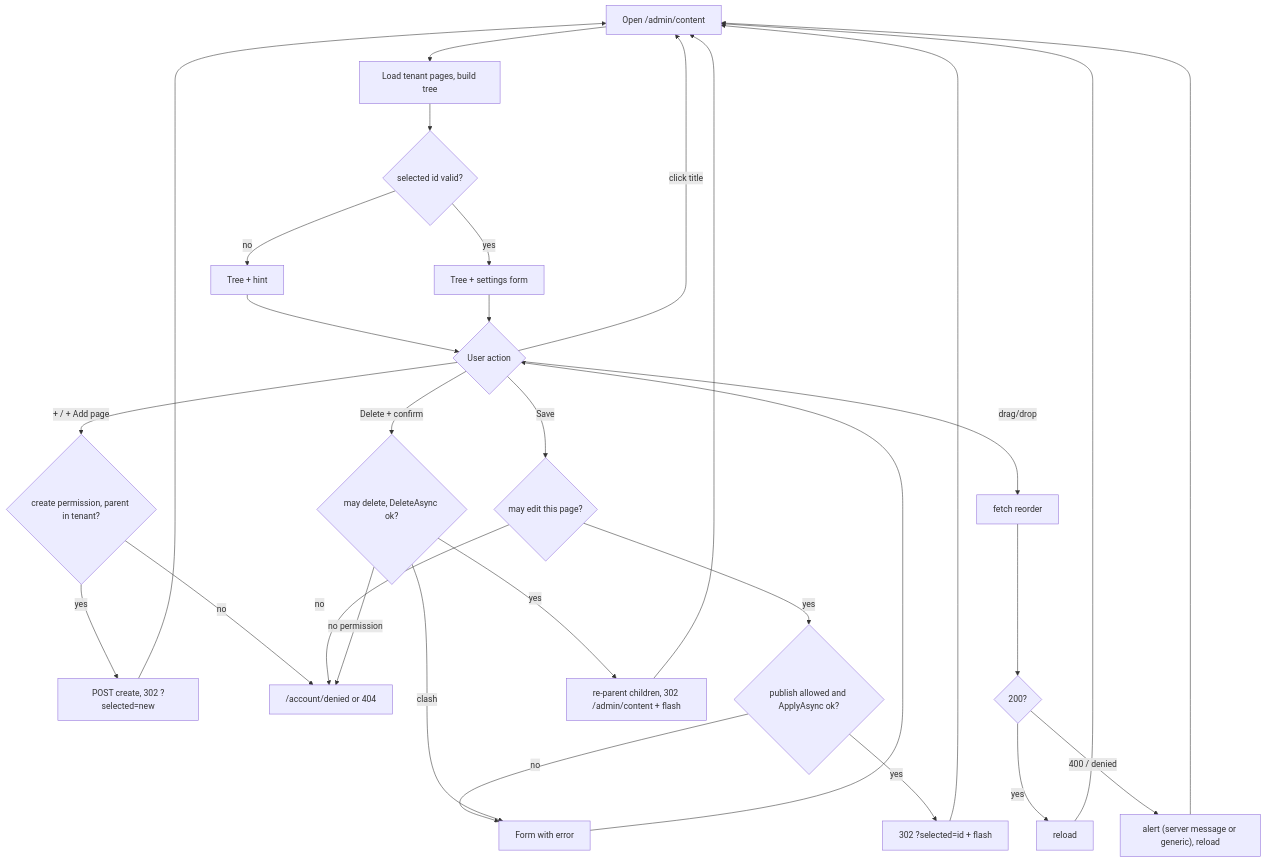
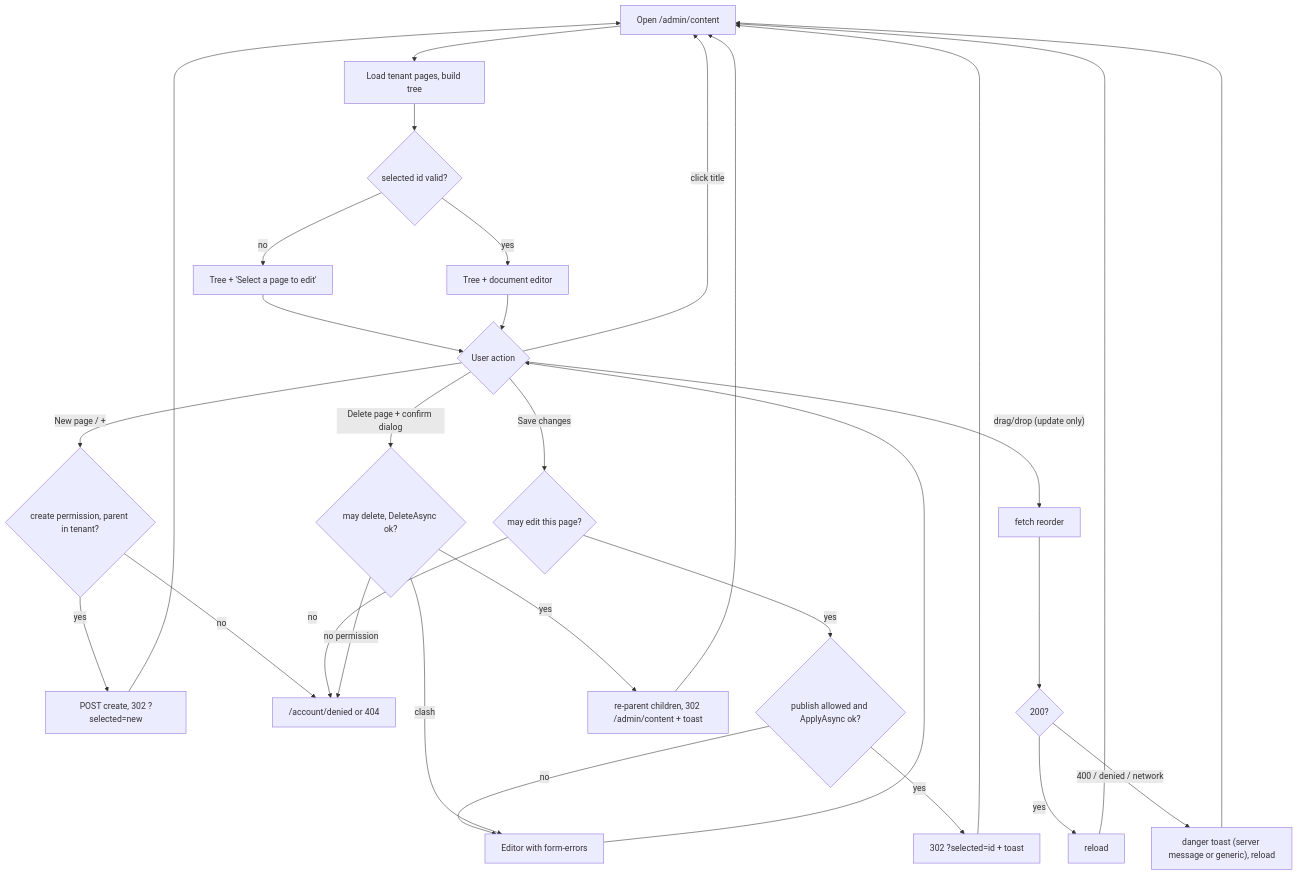
One commit to Albadit/DotNetForge changed the third of 4 diagrams in .docs/pages/content-manager.md. Above: the diagram before and after it, drawn with Mermaid. The commit also changed other lines of this file and 454 other files, not shown here.

````diff
--- a/.docs/pages/content-manager.md
+++ b/.docs/pages/content-manager.md
@@ -333,25 +404,25 @@
 ```mermaid
 flowchart TD
     A[Open /admin/content] --> B[Load tenant pages, build tree]
     B --> C{"selected id valid?"}
-    C -- no --> D[Tree + hint]
-    C -- yes --> E[Tree + settings form]
+    C -- no --> D["Tree + 'Select a page to edit'"]
+    C -- yes --> E[Tree + document editor]
     D --> F{User action}
     E --> F
     F -- "click title" --> A
-    F -- "+ / + Add page" --> G{"create permission, parent in tenant?"}
+    F -- "New page / +" --> G{"create permission, parent in tenant?"}
     G -- yes --> H["POST create, 302 ?selected=new"] --> A
     G -- no --> Z["/account/denied or 404"]
-    F -- Save --> I{"may edit this page?"}
+    F -- "Save changes" --> I{"may edit this page?"}
     I -- no --> Z
     I -- yes --> J{"publish allowed and ApplyAsync ok?"}
-    J -- no --> E2[Form with error] --> F
-    J -- yes --> K["302 ?selected=id + flash"] --> A
-    F -- "Delete + confirm" --> L{"may delete, DeleteAsync ok?"}
+    J -- no --> E2["Editor with form-errors"] --> F
+    J -- yes --> K["302 ?selected=id + toast"] --> A
+    F -- "Delete page + confirm dialog" --> L{"may delete, DeleteAsync ok?"}
     L -- "no permission" --> Z
     L -- clash --> E2
-    L -- yes --> M["re-parent children, 302 /admin/content + flash"] --> A
-    F -- "drag/drop" --> N[fetch reorder] --> O{"200?"}
+    L -- yes --> M["re-parent children, 302 /admin/content + toast"] --> A
+    F -- "drag/drop (update only)" --> N[fetch reorder] --> O{"200?"}
     O -- yes --> P[reload] --> A
-    O -- "400 / denied" --> Q["alert (server message or generic), reload"] --> A
+    O -- "400 / denied / network" --> Q["danger toast (server message or generic), reload"] --> A
 ```
````
